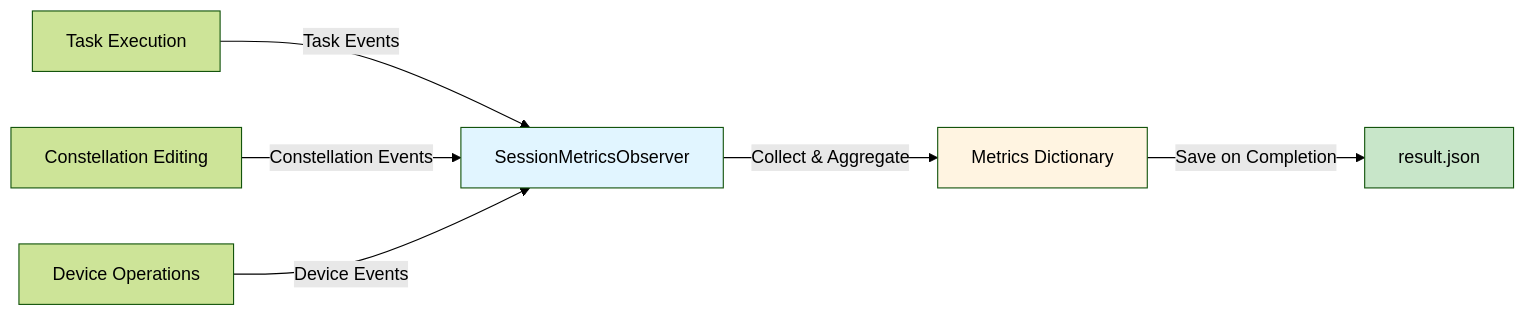
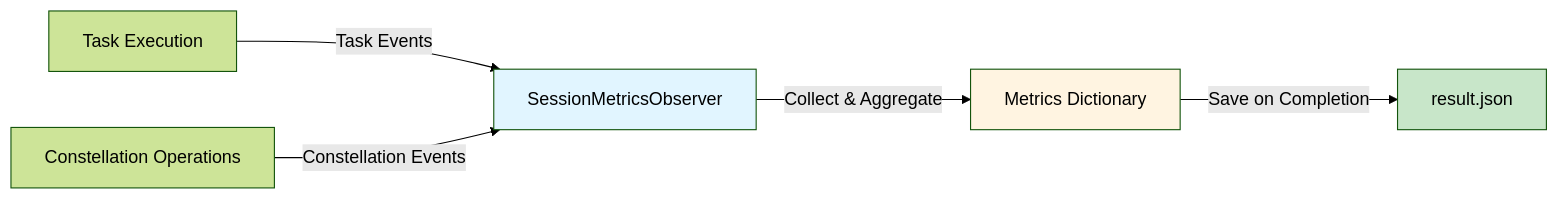
One commit to microsoft/UFO changed the diagram in documents/docs/galaxy/evaluation/performance_metrics.md. Above: the diagram before and after it, drawn with Mermaid (forest theme). The commit also changed other lines of this file and 2 other files, not shown here.

````diff
--- a/documents/docs/galaxy/evaluation/performance_metrics.md
+++ b/documents/docs/galaxy/evaluation/performance_metrics.md
@@ -32,12 +26,11 @@
 ```mermaid
 graph LR
     A[Task Execution] -->|Task Events| B[SessionMetricsObserver]
-    C[Constellation Editing] -->|Constellation Events| B
-    D[Device Operations] -->|Device Events| B
-    B -->|Collect & Aggregate| E[Metrics Dictionary]
-    E -->|Save on Completion| F[result.json]
+    C[Constellation Operations] -->|Constellation Events| B
+    B -->|Collect & Aggregate| D[Metrics Dictionary]
+    D -->|Save on Completion| E[result.json]
     
     style B fill:#e1f5ff
-    style E fill:#fff4e1
-    style F fill:#c8e6c9
+    style D fill:#fff4e1
+    style E fill:#c8e6c9
 ```
````
